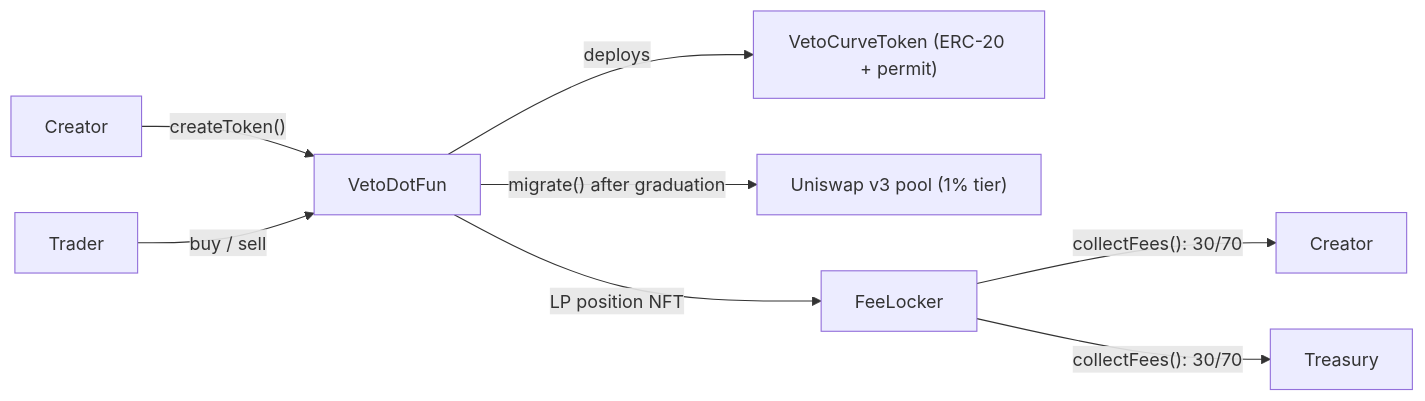
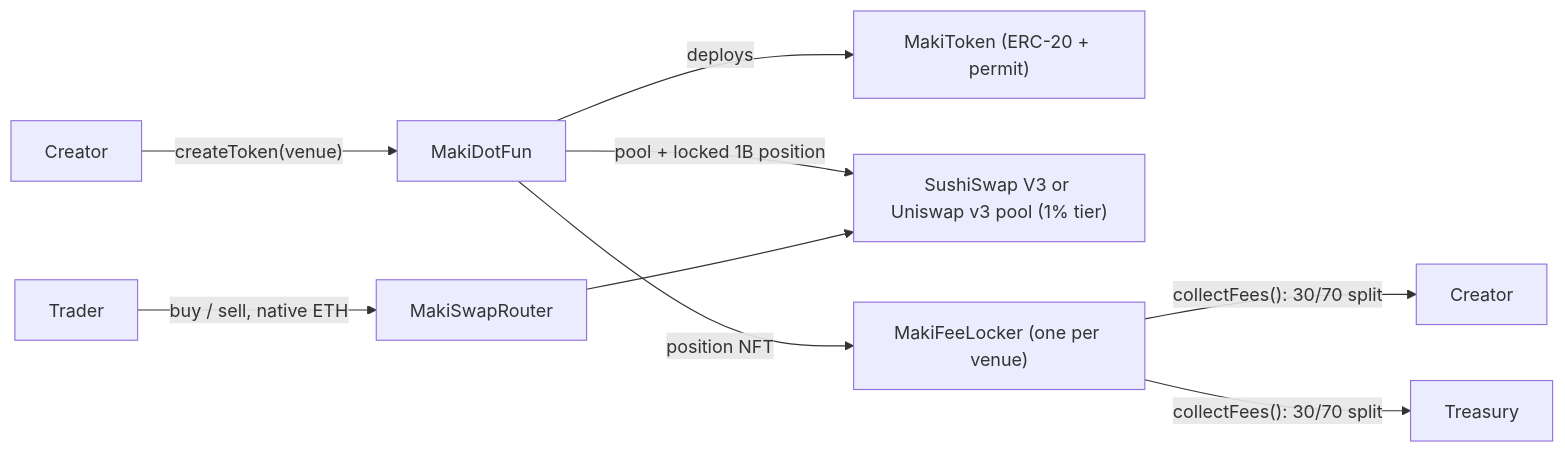
The diagram in developers/overview.mdx (0xAtaraxos/veto-docs), drawn with Mermaid before and after one commit. The commit also changed other lines of this file and 18 other files, not shown here.

````diff
--- a/developers/overview.mdx
+++ b/developers/overview.mdx
@@ -38,9 +45,9 @@
 ```mermaid
 flowchart LR
-    Creator -- "createToken()" --> LP[VetoDotFun]
-    Trader -- "buy / sell" --> LP
-    LP -- deploys --> T["VetoCurveToken (ERC-20 + permit)"]
-    LP -- "migrate() after graduation" --> UNI["Uniswap v3 pool (1% tier)"]
-    LP -- "LP position NFT" --> FL[FeeLocker]
-    FL -- "collectFees(): 30/70" --> Creator2[Creator] & Treasury
+    Creator -- "createToken(venue)" --> LP[MakiDotFun]
+    LP -- deploys --> T["MakiToken (ERC-20 + permit)"]
+    LP -- "pool + locked 1B position" --> POOL["SushiSwap V3 or Uniswap v3 pool (1% tier)"]
+    LP -- "position NFT" --> FL["MakiFeeLocker (one per venue)"]
+    Trader -- "buy / sell, native ETH" --> R[MakiSwapRouter] --> POOL
+    FL -- "collectFees(): 30/70 split" --> Creator2[Creator] & Treasury
 ```
````
